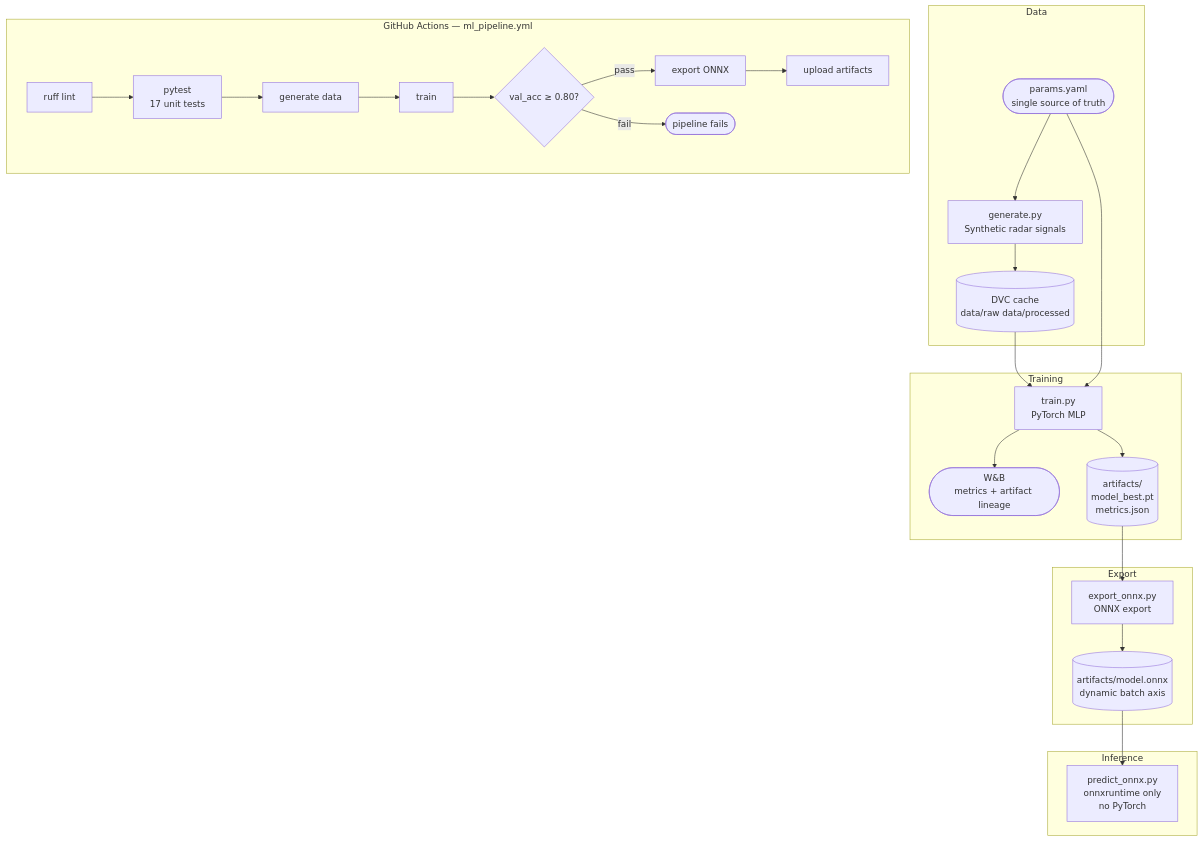
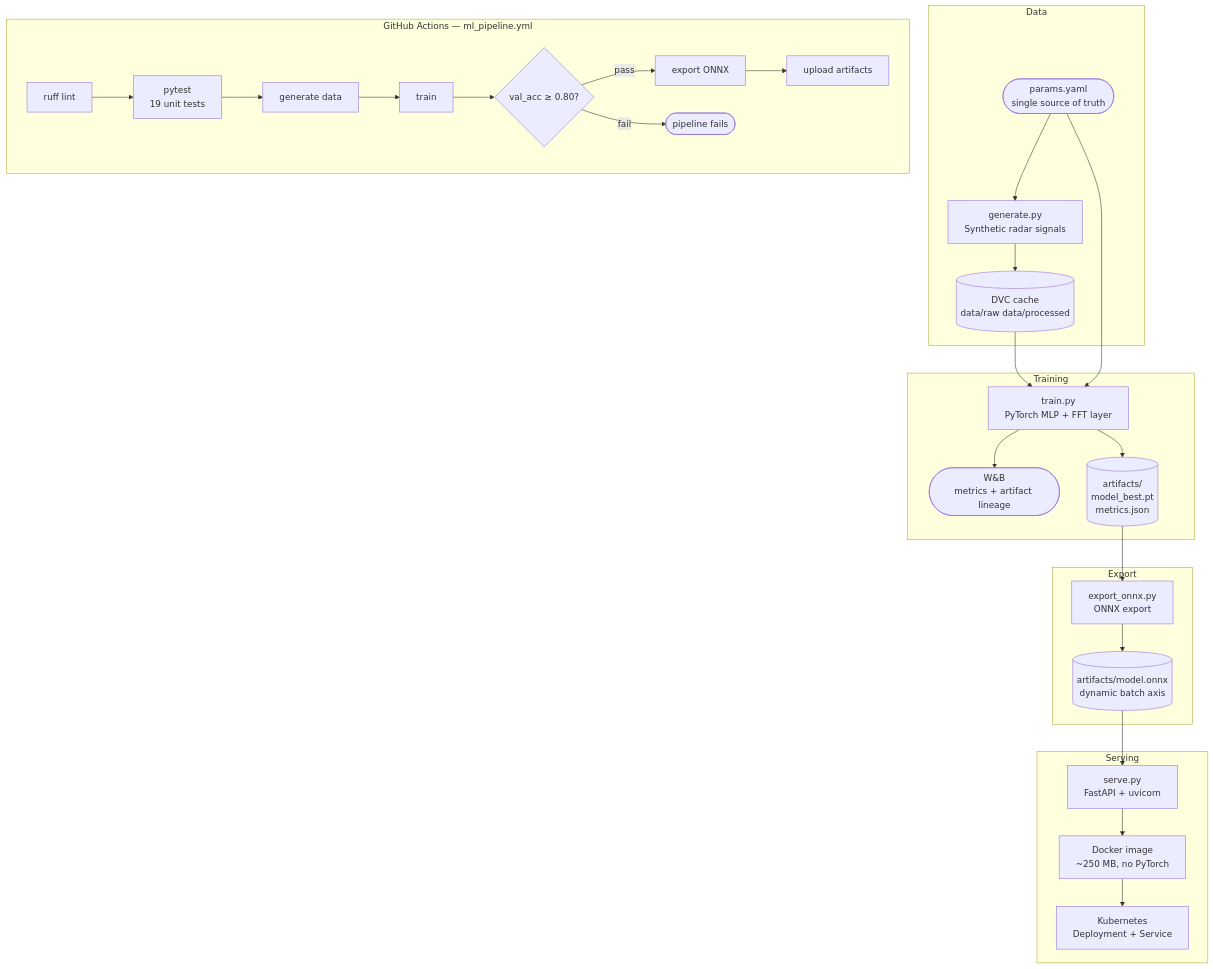
The diagram in README.md (Michael-Bach/weibel-mlops-demo), drawn with Mermaid before and after one commit. The commit also changed other lines of this file, not shown here.

Commit message:
docs: update README with serving, Docker, and Kubernetes sections

````diff
--- a/README.md
+++ b/README.md
@@ -14,36 +14,38 @@
 ```mermaid
 flowchart TD
     P([params.yaml\nsingle source of truth])
 
     subgraph Data
         P --> G[generate.py\nSynthetic radar signals]
         G --> DVC[(DVC cache\ndata/raw  data/processed)]
     end
 
     subgraph Training
-        DVC --> T[train.py\nPyTorch MLP]
+        DVC --> T[train.py\nPyTorch MLP + FFT layer]
         P --> T
         T --> WB([W&B\nmetrics + artifact lineage])
         T --> M[(artifacts/\nmodel_best.pt\nmetrics.json)]
     end
 
     subgraph Export
         M --> X[export_onnx.py\nONNX export]
         X --> O[(artifacts/model.onnx\ndynamic batch axis)]
     end
 
-    subgraph Inference
-        O --> I[predict_onnx.py\nonnxruntime only\nno PyTorch]
+    subgraph Serving
+        O --> S[serve.py\nFastAPI + uvicorn]
+        S --> D[Docker image\n~250 MB, no PyTorch]
+        D --> K[Kubernetes\nDeployment + Service]
     end
 
     subgraph CI["GitHub Actions — ml_pipeline.yml"]
         direction LR
-        L[ruff lint] --> UT[pytest\n17 unit tests]
+        L[ruff lint] --> UT[pytest\n19 unit tests]
         UT --> GD[generate data]
         GD --> TR[train]
         TR --> EV{val_acc ≥ 0.80?}
         EV -->|pass| EX[export ONNX]
         EV -->|fail| STOP([pipeline fails])
         EX --> UP[upload artifacts]
     end
 ```
````
